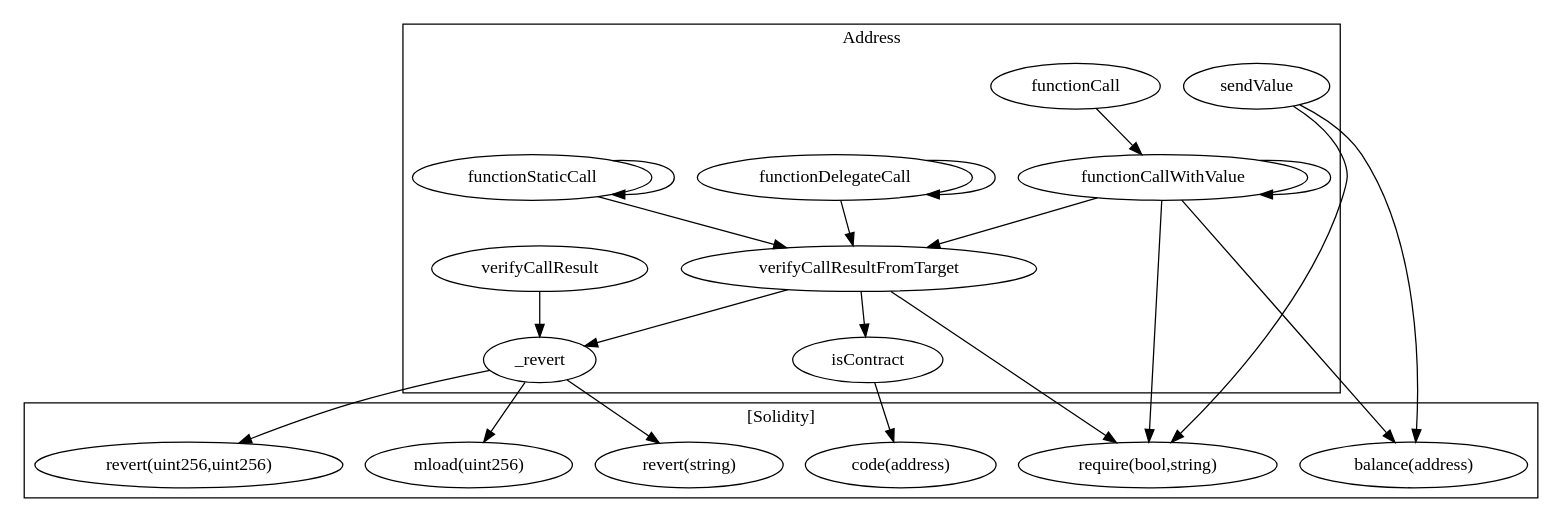
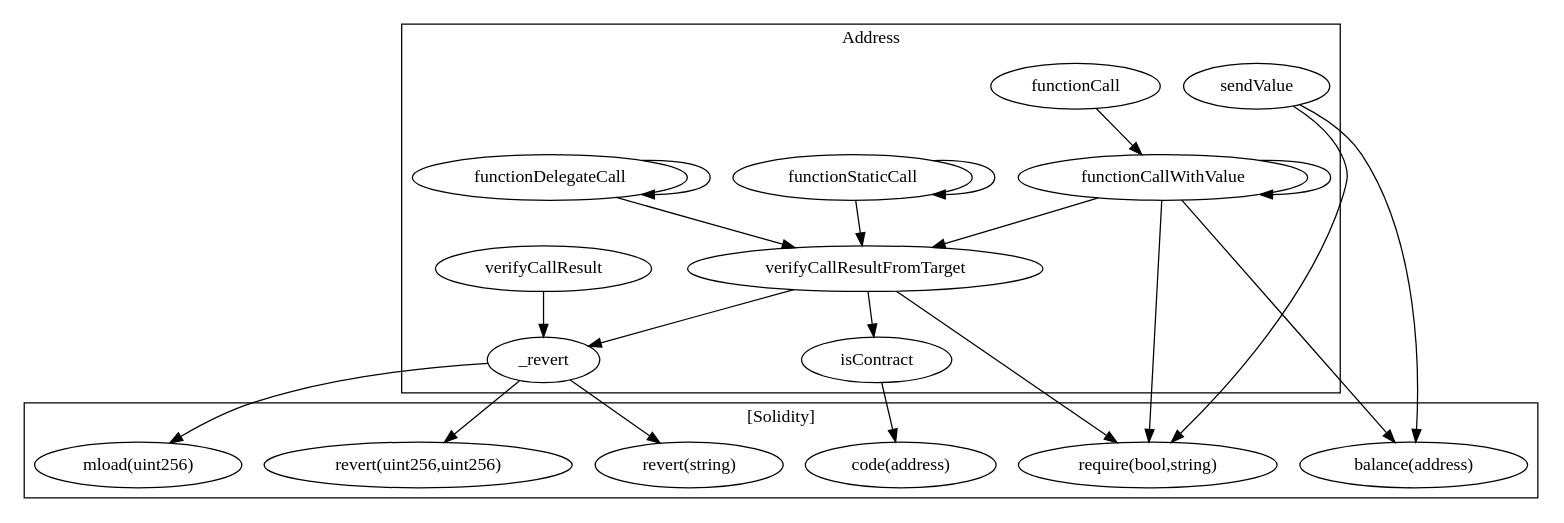
Before and after one commit to tenthirtyone/contracts-recent: the diagram in diagrams/Address.call-graph.dot, drawn with Graphviz. The commit also changed 35 other files, not shown here.

Commit message:
refresh diagrams

```diff
--- a/diagrams/Address.call-graph.dot
+++ b/diagrams/Address.call-graph.dot
@@ -1,41 +1,41 @@
 strict digraph {
-subgraph cluster_1843_Address {
+subgraph cluster_2987_Address {
 label = "Address"
-"1843_functionDelegateCall" [label="functionDelegateCall"]
-"1843__revert" [label="_revert"]
-"1843_functionCall" [label="functionCall"]
-"1843_sendValue" [label="sendValue"]
-"1843_verifyCallResultFromTarget" [label="verifyCallResultFromTarget"]
-"1843_verifyCallResult" [label="verifyCallResult"]
-"1843_functionStaticCall" [label="functionStaticCall"]
-"1843_functionCallWithValue" [label="functionCallWithValue"]
-"1843_isContract" [label="isContract"]
-"1843_functionStaticCall" -> "1843_functionStaticCall"
-"1843_functionStaticCall" -> "1843_verifyCallResultFromTarget"
-"1843_functionDelegateCall" -> "1843_verifyCallResultFromTarget"
-"1843_functionCallWithValue" -> "1843_verifyCallResultFromTarget"
-"1843_verifyCallResultFromTarget" -> "1843_isContract"
-"1843_functionCallWithValue" -> "1843_functionCallWithValue"
-"1843_verifyCallResult" -> "1843__revert"
-"1843_verifyCallResultFromTarget" -> "1843__revert"
-"1843_functionCall" -> "1843_functionCallWithValue"
-"1843_functionDelegateCall" -> "1843_functionDelegateCall"
+"2987_sendValue" [label="sendValue"]
+"2987__revert" [label="_revert"]
+"2987_functionCall" [label="functionCall"]
+"2987_verifyCallResult" [label="verifyCallResult"]
+"2987_functionCallWithValue" [label="functionCallWithValue"]
+"2987_verifyCallResultFromTarget" [label="verifyCallResultFromTarget"]
+"2987_functionStaticCall" [label="functionStaticCall"]
+"2987_functionDelegateCall" [label="functionDelegateCall"]
+"2987_isContract" [label="isContract"]
+"2987_verifyCallResult" -> "2987__revert"
+"2987_functionStaticCall" -> "2987_verifyCallResultFromTarget"
+"2987_verifyCallResultFromTarget" -> "2987__revert"
+"2987_functionCallWithValue" -> "2987_verifyCallResultFromTarget"
+"2987_functionDelegateCall" -> "2987_functionDelegateCall"
+"2987_verifyCallResultFromTarget" -> "2987_isContract"
+"2987_functionCall" -> "2987_functionCallWithValue"
+"2987_functionStaticCall" -> "2987_functionStaticCall"
+"2987_functionDelegateCall" -> "2987_verifyCallResultFromTarget"
+"2987_functionCallWithValue" -> "2987_functionCallWithValue"
 }subgraph cluster_solidity {
 label = "[Solidity]"
 "balance(address)" 
+"revert(uint256,uint256)" 
 "mload(uint256)" 
 "code(address)" 
+"require(bool,string)" 
 "revert(string)" 
-"require(bool,string)" 
-"revert(uint256,uint256)" 
-"1843_sendValue" -> "balance(address)"
-"1843_isContract" -> "code(address)"
-"1843__revert" -> "mload(uint256)"
-"1843_verifyCallResultFromTarget" -> "require(bool,string)"
-"1843_sendValue" -> "require(bool,string)"
-"1843_functionCallWithValue" -> "balance(address)"
-"1843__revert" -> "revert(string)"
-"1843_functionCallWithValue" -> "require(bool,string)"
-"1843__revert" -> "revert(uint256,uint256)"
+"2987__revert" -> "mload(uint256)"
+"2987_functionCallWithValue" -> "require(bool,string)"
+"2987_isContract" -> "code(address)"
+"2987_sendValue" -> "balance(address)"
+"2987_functionCallWithValue" -> "balance(address)"
+"2987_verifyCallResultFromTarget" -> "require(bool,string)"
+"2987__revert" -> "revert(string)"
+"2987_sendValue" -> "require(bool,string)"
+"2987__revert" -> "revert(uint256,uint256)"
 }
 }
```
